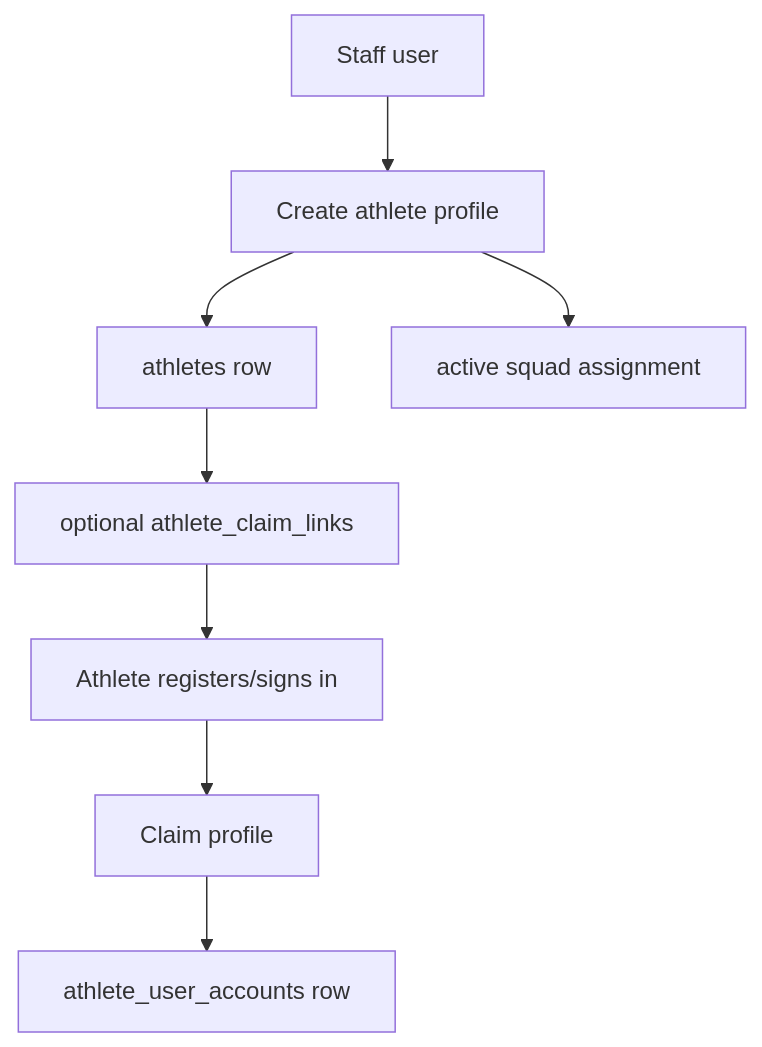
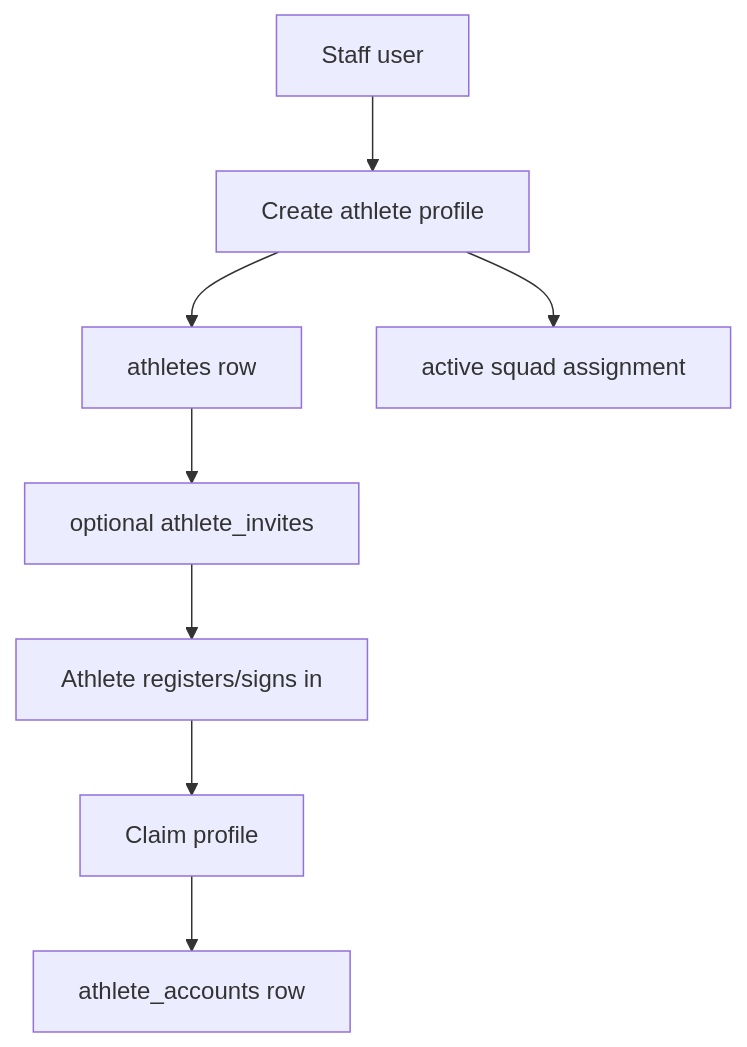
The fifth of 13 diagrams in docs/SYSTEM_DIAGRAMS.md (eademi/pulsi), drawn with Mermaid before and after one commit. The commit also changed other lines of this file and 21 other files, not shown here.

First line of the commit message:
refactor: rename claim links to athlete invites and update related terminology

````diff
--- a/docs/SYSTEM_DIAGRAMS.md
+++ b/docs/SYSTEM_DIAGRAMS.md
@@ -96,11 +96,11 @@
 ```mermaid
 flowchart TD
   Admin["Staff user"] --> CreateAthlete["Create athlete profile"]
   CreateAthlete --> AthleteRecord["athletes row"]
   CreateAthlete --> SquadAssignment["active squad assignment"]
 
-  AthleteRecord --> ClaimLink["optional athlete_claim_links"]
+  AthleteRecord --> ClaimLink["optional athlete_invites"]
   ClaimLink --> Register["Athlete registers/signs in"]
   Register --> Claim["Claim profile"]
-  Claim --> AthleteUserAccount["athlete_user_accounts row"]
+  Claim --> AthleteUserAccount["athlete_accounts row"]
 ```
````
